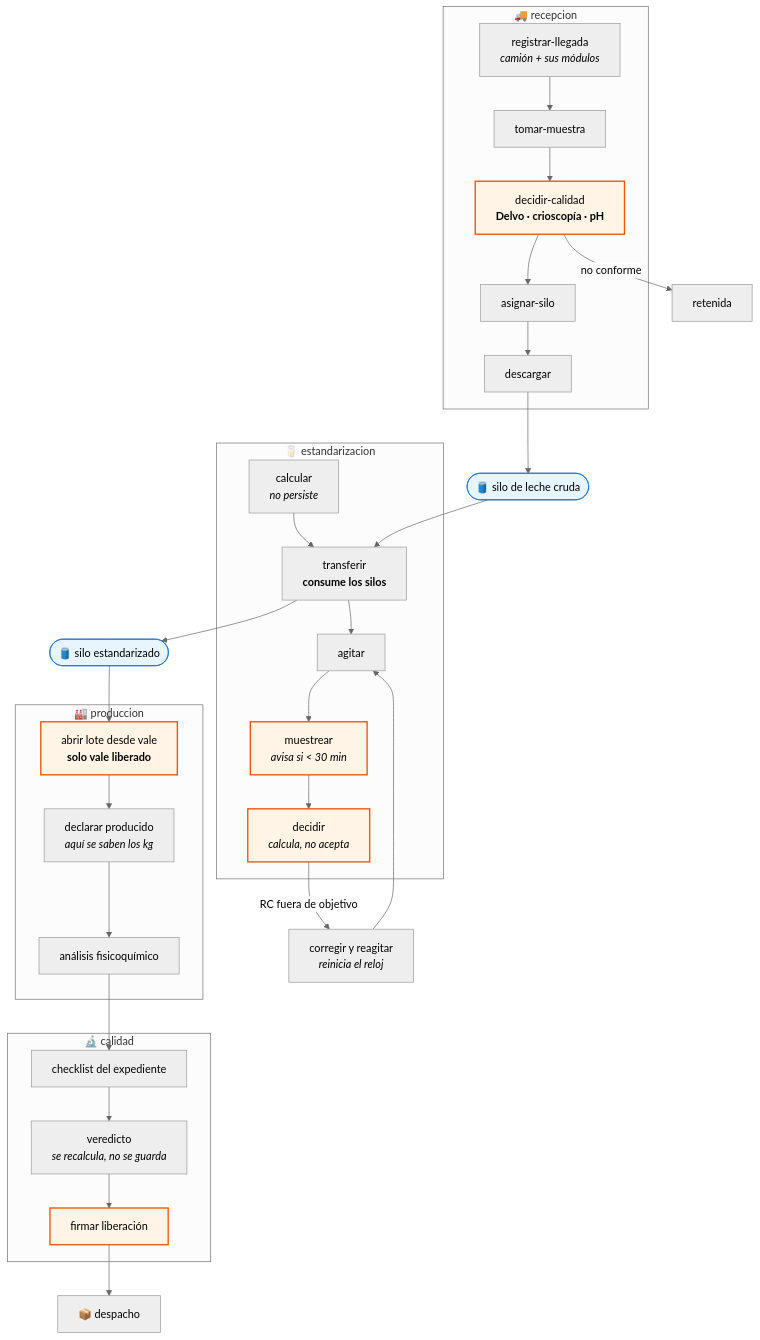
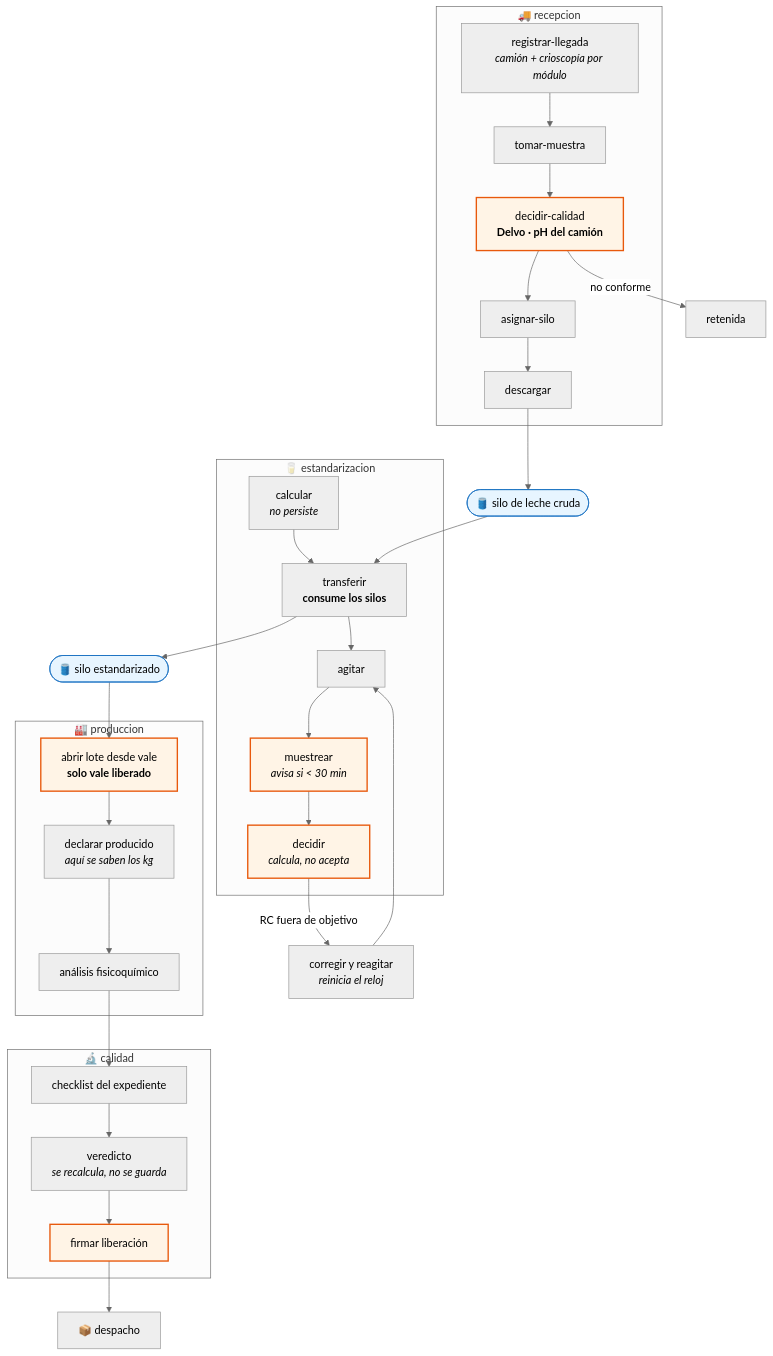
One commit to FelipeCCAA/CCAA changed the first of 5 diagrams in docs/FLUJO_DEL_SISTEMA.md. Above: the diagram before and after it, drawn with Mermaid (neutral theme). The commit also changed 2 other files, not shown here.

Commit message:
Documentación: corrige lo que la reescritura de recepción por camión dejó desactualizado
REGLAS_DE_PLANTA.md, FLUJO_DEL_SISTEMA.md y CLAUDE.md seguían describiendo
el modelo anterior a la Task 3 (Recepcion.carga_recoleccion/.modulo, borrados
por la migración 0013) y a este trabajo:

- El enlace recolección-recepción vive en ModuloRecepcion.carga_recoleccion,
  no en los dos campos borrados de Recepcion.
- El estado del camión (Recepcion) no es el estado "del módulo": ModuloRecepcion
  no guarda estado propio.
- §6 daba por faltante el enlace recolección-recepción que este trabajo
  implementó (diferencia_recoleccion_litros incluido).
- decidir-calidad ya no es donde se teclea la crioscopía: se captura por
  módulo en registrar-llegada.
- ModuloRecepcion no guarda "la crioscopía y nada más": también guarda
  carga_recoleccion desde la migración 0013.

Editado con reemplazo de fragmento exacto, no con Get-Content|Set-Content,
para no convertir los acentos a mojibake.

````diff
--- a/docs/FLUJO_DEL_SISTEMA.md
+++ b/docs/FLUJO_DEL_SISTEMA.md
@@ -24,54 +24,54 @@
 ```mermaid
 flowchart TD
     subgraph REC["🚚 recepcion"]
-        R1["registrar-llegada<br/><i>camión + sus módulos</i>"]
+        R1["registrar-llegada<br/><i>camión + crioscopía por módulo</i>"]
         R2["tomar-muestra"]
-        R3["decidir-calidad<br/><b>Delvo · crioscopía · pH</b>"]
+        R3["decidir-calidad<br/><b>Delvo · pH del camión</b>"]
         R4["asignar-silo"]
         R5["descargar"]
         R1 --> R2 --> R3 --> R4 --> R5
     end
 
     subgraph EST["🥛 estandarizacion"]
         E1["calcular<br/><i>no persiste</i>"]
         E2["transferir<br/><b>consume los silos</b>"]
         E3["agitar"]
         E4["muestrear<br/><i>avisa si &lt; 30 min</i>"]
         E5["decidir<br/><i>calcula, no acepta</i>"]
         E1 --> E2 --> E3 --> E4 --> E5
     end
 
     subgraph PRO["🏭 produccion"]
         P1["abrir lote desde vale<br/><b>solo vale liberado</b>"]
         P2["declarar producido<br/><i>aquí se saben los kg</i>"]
         P3["análisis fisicoquímico"]
         P1 --> P2 --> P3
     end
 
     subgraph CAL["🔬 calidad"]
         C1["checklist del expediente"]
         C2["veredicto<br/><i>se recalcula, no se guarda</i>"]
         C3["firmar liberación"]
         C1 --> C2 --> C3
     end
 
     SILO(["🛢️ silo de leche cruda"])
     SILOE(["🛢️ silo estandarizado"])
     DESP["📦 despacho"]
 
     R5 --> SILO
     SILO --> E2
     E2 --> SILOE
     SILOE --> P1
     P3 --> C1
     C3 --> DESP
 
     E5 -->|"RC fuera de objetivo"| CORR["corregir y reagitar<br/><i>reinicia el reloj</i>"]
     CORR --> E3
     R3 -->|"no conforme"| RET["retenida"]
 
     classDef gate fill:#fff4e6,stroke:#e8590c,stroke-width:2px
     classDef store fill:#e7f5ff,stroke:#1971c2
     class R3,E4,E5,P1,C3 gate
     class SILO,SILOE store
 ```
````
